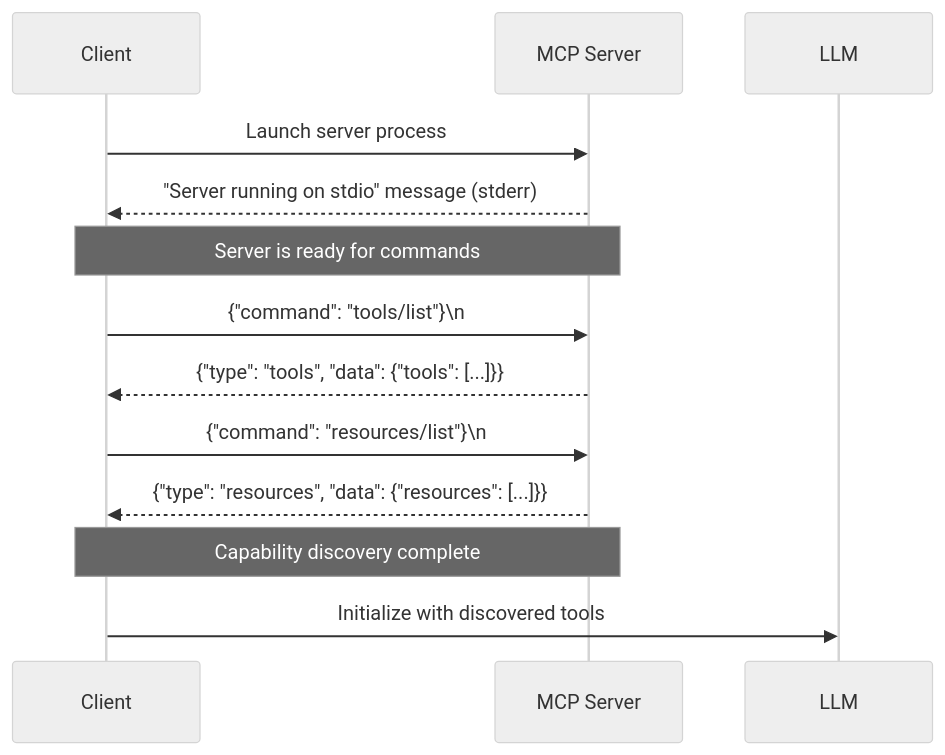
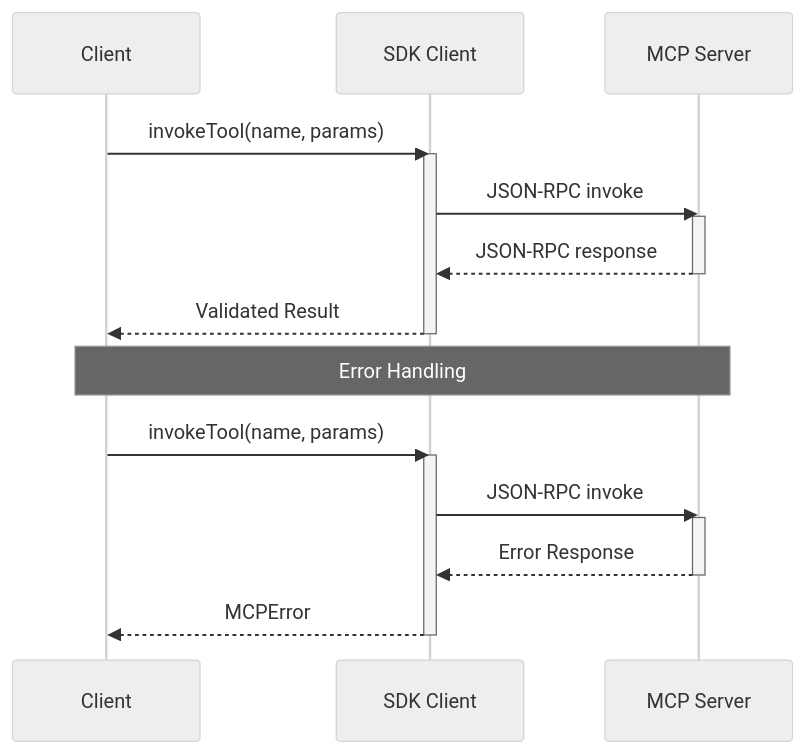
The third of 8 diagrams in dataflow.md (RinardNick/client_mcp), drawn with Mermaid (neutral theme) before and after one commit. The commit also changed other lines of this file and 2 other files, not shown here.

Commit message:
docs: update plan to include correct usage of MCP SDK

````diff
--- a/dataflow.md
+++ b/dataflow.md
@@ -504,16 +134,25 @@
 ```mermaid
 sequenceDiagram
     participant C as Client
-    participant S as MCP Server
-    participant L as LLM
+    participant S as SDK Client
+    participant M as MCP Server
 
-    C->>S: Launch server process
-    S-->>C: "Server running on stdio" message (stderr)
-    Note over C,S: Server is ready for commands
-    C->>S: {"command": "tools/list"}\n
-    S-->>C: {"type": "tools", "data": {"tools": [...]}}
-    C->>S: {"command": "resources/list"}\n
-    S-->>C: {"type": "resources", "data": {"resources": [...]}}
-    Note over C,S: Capability discovery complete
-    C->>L: Initialize with discovered tools
+    C->>S: invokeTool(name, params)
+    activate S
+    S->>M: JSON-RPC invoke
+    activate M
+    M-->>S: JSON-RPC response
+    deactivate M
+    S-->>C: Validated Result
+    deactivate S
+
+    Note over C,M: Error Handling
+    C->>S: invokeTool(name, params)
+    activate S
+    S->>M: JSON-RPC invoke
+    activate M
+    M-->>S: Error Response
+    deactivate M
+    S-->>C: MCPError
+    deactivate S
 ```
````
